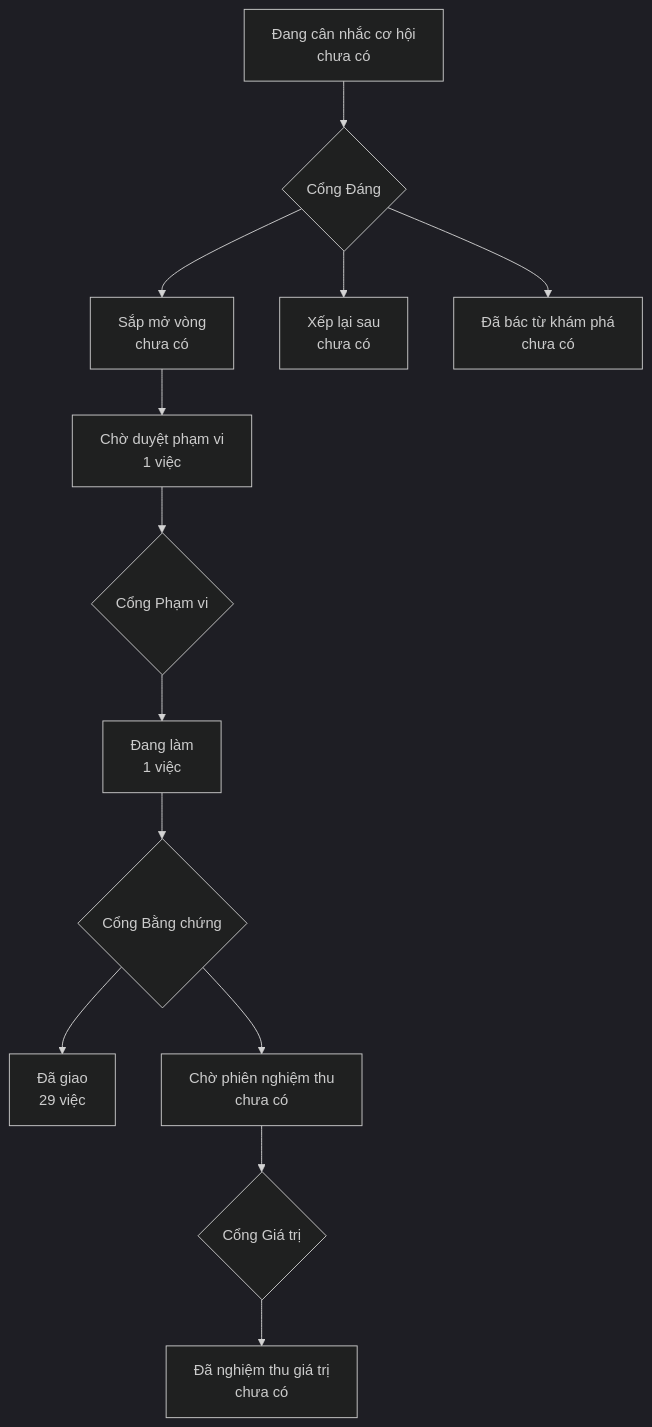
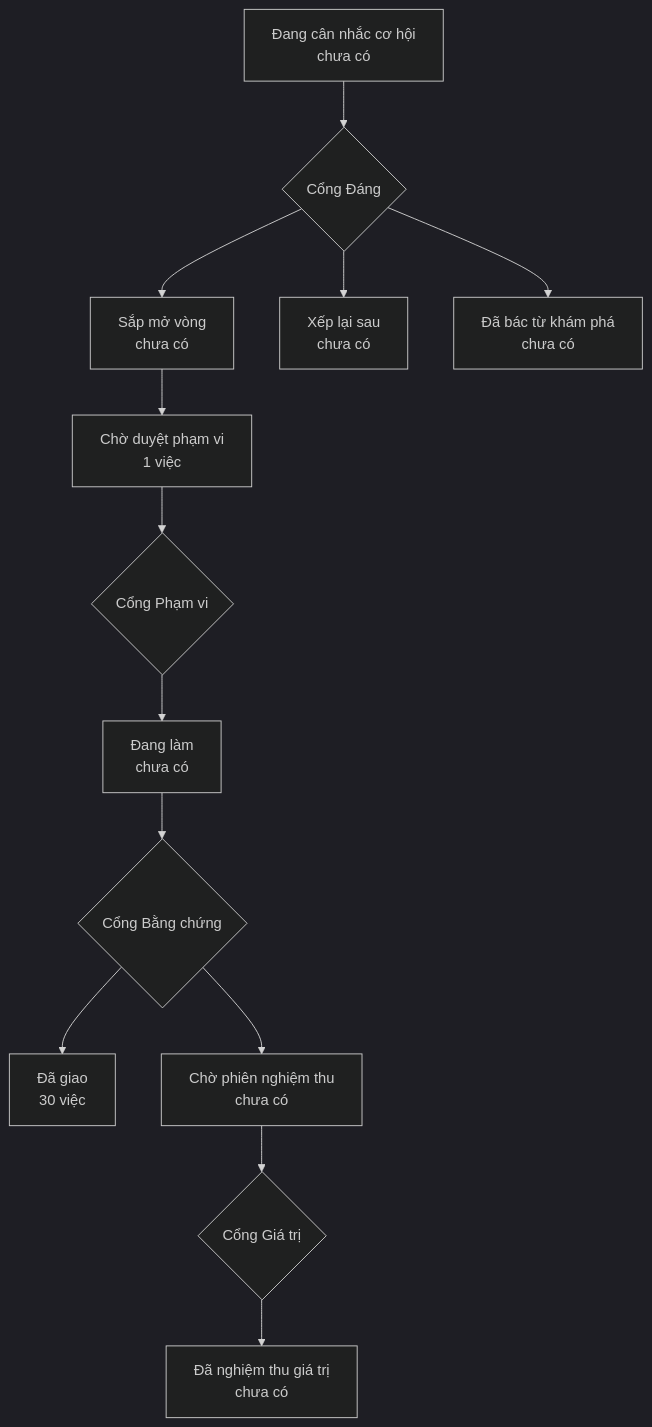
One commit to phanlemanh/acceptance-gate-kit changed the diagram in PRODUCT-MAP.md. Above: the diagram before and after it, drawn with Mermaid (dark theme). The commit also changed other lines of this file, not shown here.

Commit message:
chore: vẽ lại bản đồ sản phẩm — measure-birth-certificate signed-off

````diff
--- a/PRODUCT-MAP.md
+++ b/PRODUCT-MAP.md
@@ -6,12 +6,12 @@
 ```mermaid
 flowchart TD
   A["Đang cân nhắc cơ hội<br/>chưa có"] --> GD{"Cổng Đáng"}
   GD --> B["Sắp mở vòng<br/>chưa có"]
   GD --> XL["Xếp lại sau<br/>chưa có"]
   GD --> DB["Đã bác từ khám phá<br/>chưa có"]
   B --> CD["Chờ duyệt phạm vi<br/>1 việc"] --> GP{"Cổng Phạm vi"}
-  GP --> DL["Đang làm<br/>1 việc"] --> GB{"Cổng Bằng chứng"}
-  GB --> DG["Đã giao<br/>29 việc"]
+  GP --> DL["Đang làm<br/>chưa có"] --> GB{"Cổng Bằng chứng"}
+  GB --> DG["Đã giao<br/>30 việc"]
   GB --> CN["Chờ phiên nghiệm thu<br/>chưa có"] --> GG{"Cổng Giá trị"}
   GG --> NT["Đã nghiệm thu giá trị<br/>chưa có"]
 ```
````
